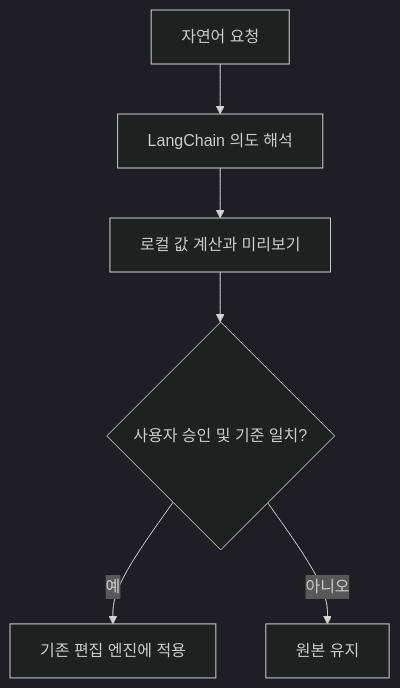
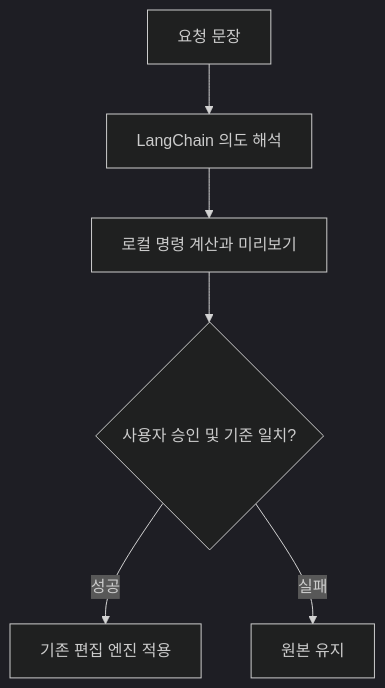
One commit to whizzkid1452/blog changed the diagram in content/posts/ayotbi-langchain-editing.md. Above: the diagram before and after it, drawn with Mermaid (dark theme). The commit also changed other lines of this file and 23 other files, not shown here.

````diff
--- a/content/posts/ayotbi-langchain-editing.md
+++ b/content/posts/ayotbi-langchain-editing.md
@@ -69,8 +101,8 @@
 ```mermaid
 flowchart TD
-    U["자연어 요청"] --> L["LangChain 의도 해석"]
-    L --> P["로컬 값 계산과 미리보기"]
+    U["요청 문장"] --> L["LangChain 의도 해석"]
+    L --> P["로컬 명령 계산과 미리보기"]
     P --> A{"사용자 승인 및 기준 일치?"}
-    A -->|예| E["기존 편집 엔진에 적용"]
-    A -->|아니오| C["원본 유지"]
+    A -->|성공| E["기존 편집 엔진 적용"]
+    A -->|실패| K["원본 유지"]
 ```
````
